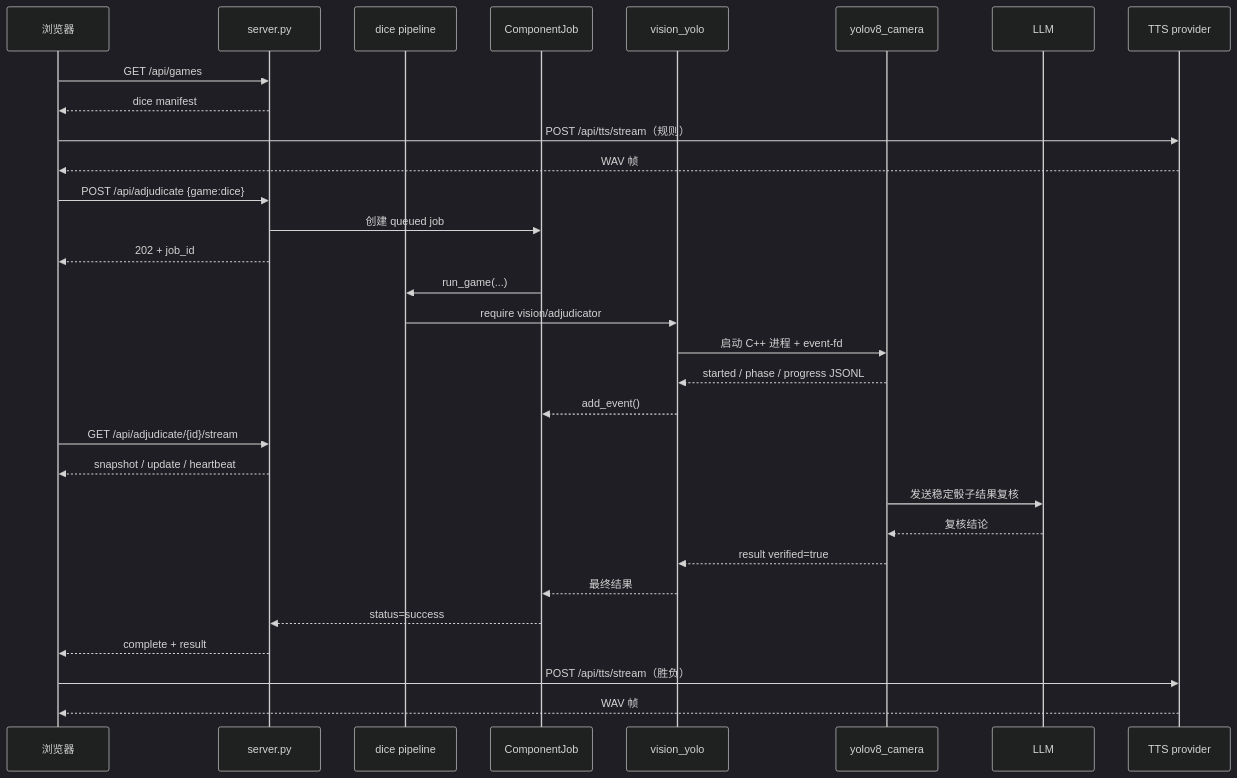
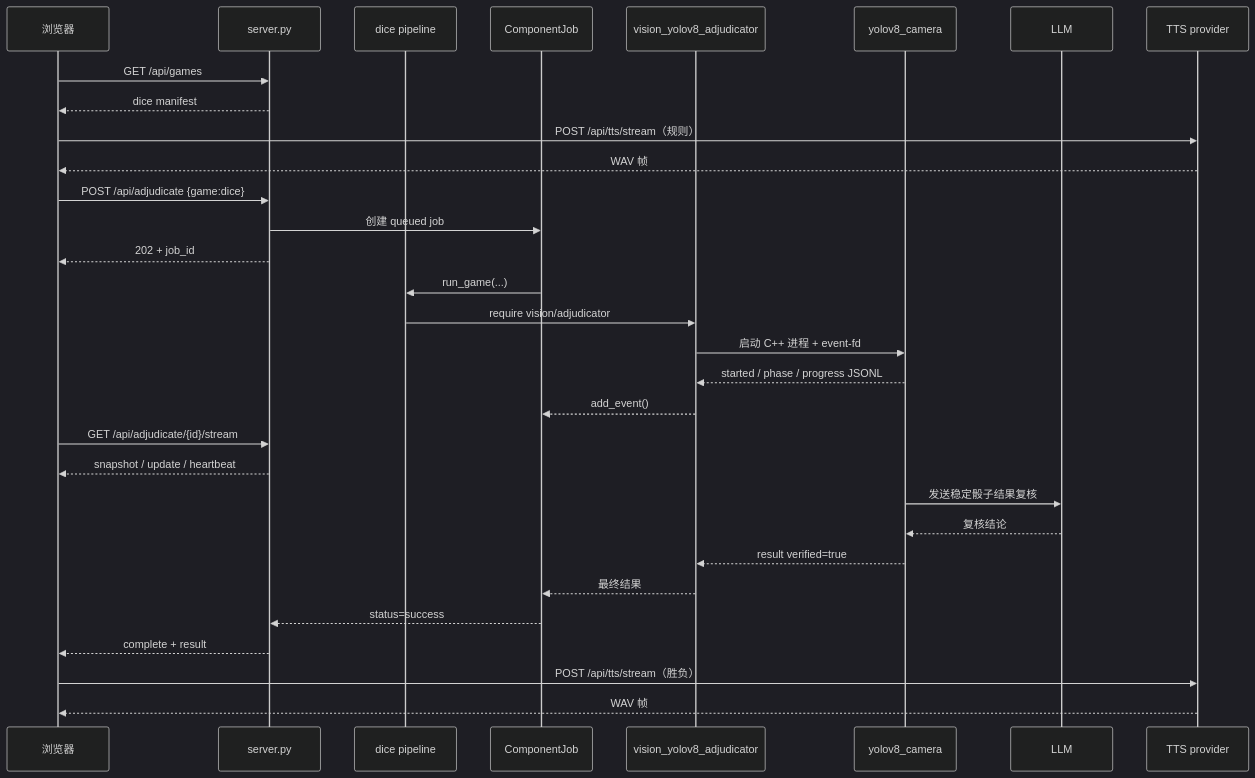
One commit to Fitz8863/spacemitk3-dice_demo changed the second of 2 diagrams in FRAMEWORK_DISPATCH.md. Above: the diagram before and after it, drawn with Mermaid (dark theme). The commit also changed other lines of this file and 14 other files, not shown here.

Commit message:
refactor: migrate vision adjudicator package

````diff
--- a/FRAMEWORK_DISPATCH.md
+++ b/FRAMEWORK_DISPATCH.md
@@ -612,34 +617,34 @@
 ```mermaid
 sequenceDiagram
     participant B as 浏览器
     participant S as server.py
     participant G as dice pipeline
     participant J as ComponentJob
-    participant V as vision_yolo
+    participant V as vision_yolov8_adjudicator
     participant Y as yolov8_camera
     participant L as LLM
     participant T as TTS provider
 
     B->>S: GET /api/games
     S-->>B: dice manifest
     B->>T: POST /api/tts/stream（规则）
     T-->>B: WAV 帧
     B->>S: POST /api/adjudicate {game:dice}
     S->>J: 创建 queued job
     S-->>B: 202 + job_id
     J->>G: run_game(...)
     G->>V: require vision/adjudicator
     V->>Y: 启动 C++ 进程 + event-fd
     Y-->>V: started / phase / progress JSONL
     V-->>J: add_event()
     B->>S: GET /api/adjudicate/{id}/stream
     S-->>B: snapshot / update / heartbeat
     Y->>L: 发送稳定骰子结果复核
     L-->>Y: 复核结论
     Y-->>V: result verified=true
     V-->>J: 最终结果
     J-->>S: status=success
     S-->>B: complete + result
     B->>T: POST /api/tts/stream（胜负）
     T-->>B: WAV 帧
 ```
````
